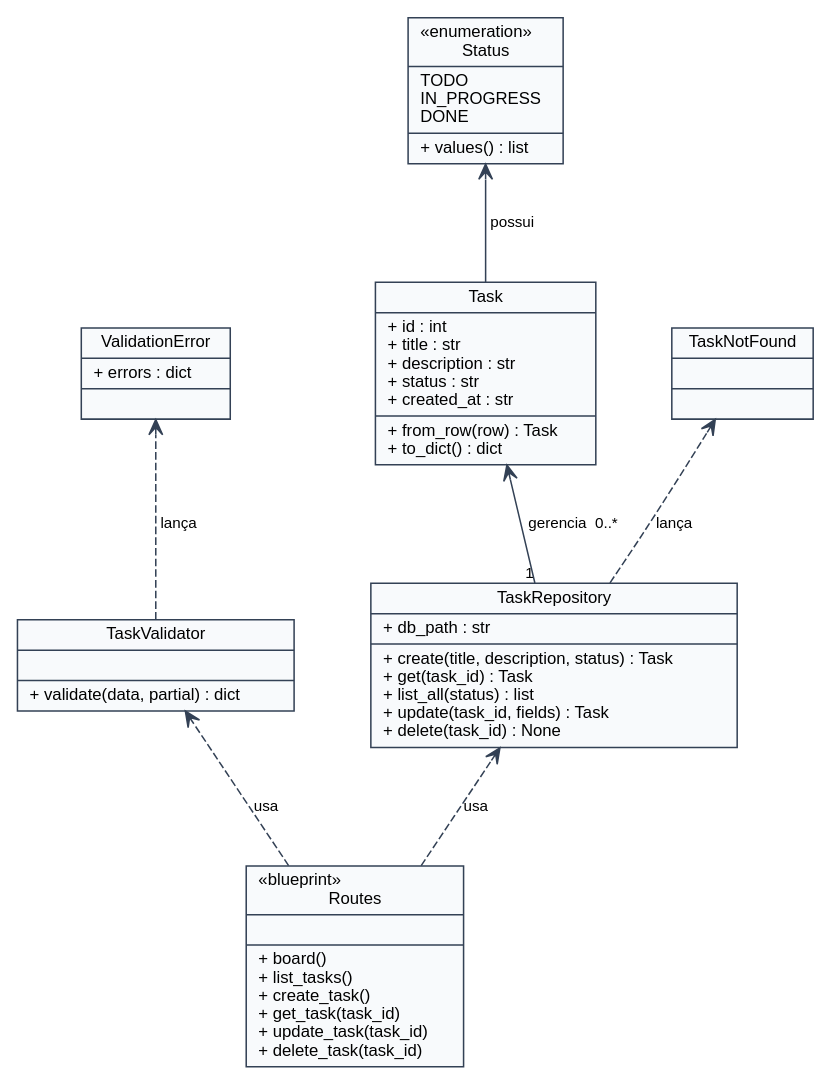
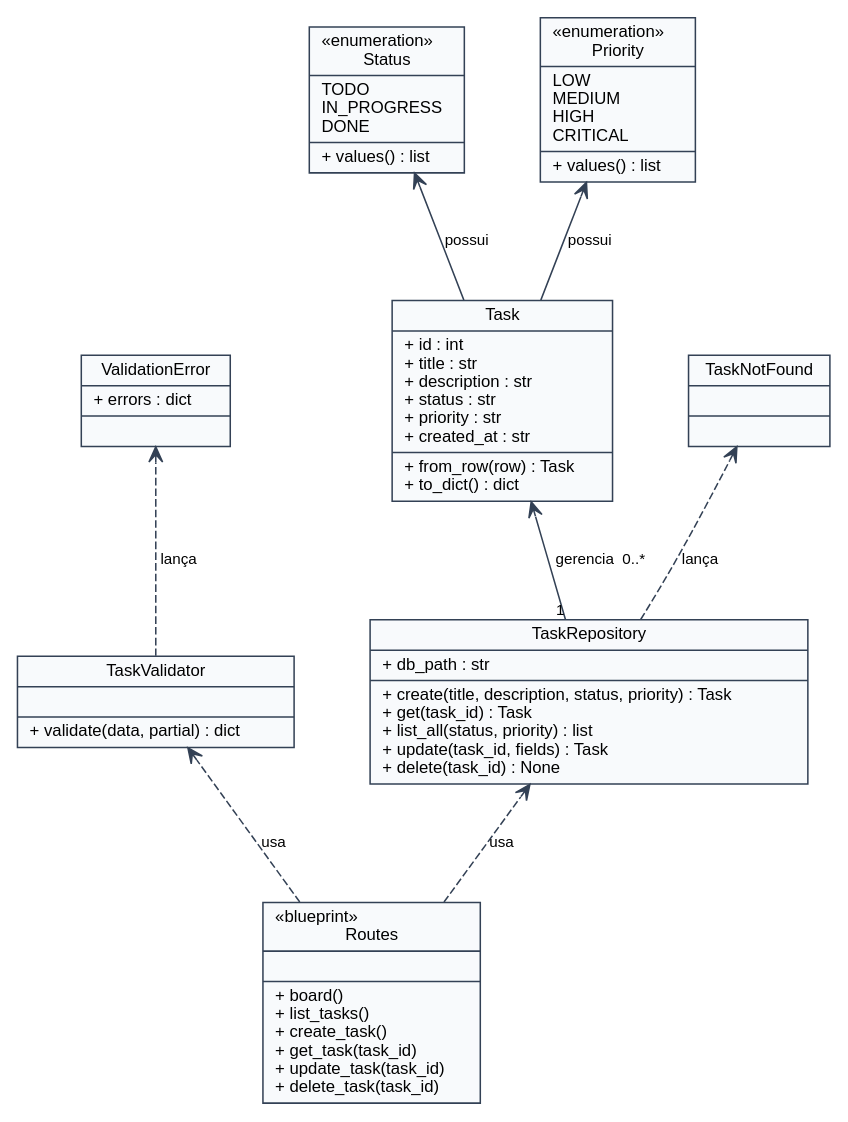
One commit to JustApooH/01-repositorio changed the diagram in docs/diagramas/classes.dot. Above: the diagram before and after it, drawn with Graphviz. The commit also changed 4 other files, not shown here.

Commit message:
docs: atualiza diagramas UML e API com a funcionalidade de prioridade

```diff
--- a/docs/diagramas/classes.dot
+++ b/docs/diagramas/classes.dot
@@ -1,23 +1,25 @@
 digraph classes {
   rankdir=BT;
   fontname="Helvetica";
   nodesep=0.7;
   ranksep=0.9;
   node [shape=record, fontname="Helvetica", fontsize=11, style=filled, fillcolor="#f8fafc", color="#334155"];
   edge [fontname="Helvetica", fontsize=10, color="#334155"];
 
-  Task [label="{Task|+ id : int\l+ title : str\l+ description : str\l+ status : str\l+ created_at : str\l|+ from_row(row) : Task\l+ to_dict() : dict\l}"];
+  Task [label="{Task|+ id : int\l+ title : str\l+ description : str\l+ status : str\l+ priority : str\l+ created_at : str\l|+ from_row(row) : Task\l+ to_dict() : dict\l}"];
   Status [label="{«enumeration»\lStatus|TODO\lIN_PROGRESS\lDONE\l|+ values() : list\l}"];
+  Priority [label="{«enumeration»\lPriority|LOW\lMEDIUM\lHIGH\lCRITICAL\l|+ values() : list\l}"];
   TaskValidator [label="{TaskValidator||+ validate(data, partial) : dict\l}"];
   ValidationError [label="{ValidationError|+ errors : dict\l|}"];
   TaskNotFound [label="{TaskNotFound||}"];
-  TaskRepository [label="{TaskRepository|+ db_path : str\l|+ create(title, description, status) : Task\l+ get(task_id) : Task\l+ list_all(status) : list\l+ update(task_id, fields) : Task\l+ delete(task_id) : None\l}"];
+  TaskRepository [label="{TaskRepository|+ db_path : str\l|+ create(title, description, status, priority) : Task\l+ get(task_id) : Task\l+ list_all(status, priority) : list\l+ update(task_id, fields) : Task\l+ delete(task_id) : None\l}"];
   Routes [label="{«blueprint»\lRoutes||+ board()\l+ list_tasks()\l+ create_task()\l+ get_task(task_id)\l+ update_task(task_id)\l+ delete_task(task_id)\l}"];
 
   TaskRepository -> Task [label=" gerencia  0..*", arrowhead=vee, headlabel="", taillabel="1"];
   Task -> Status [label=" possui", arrowhead=vee];
+  Task -> Priority [label=" possui", arrowhead=vee];
   Routes -> TaskRepository [label=" usa", arrowhead=vee, style=dashed];
   Routes -> TaskValidator [label=" usa", arrowhead=vee, style=dashed];
   TaskValidator -> ValidationError [label=" lança", arrowhead=vee, style=dashed];
   TaskRepository -> TaskNotFound [label=" lança", arrowhead=vee, style=dashed];
 }
```
